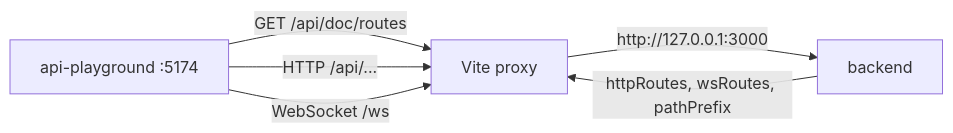
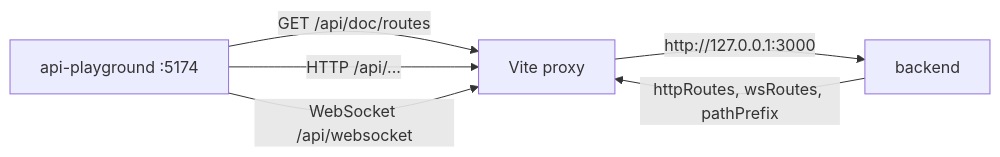
Before and after one commit to Blazheiko/itvibe-template: the diagram in documentation/playground/index.md, drawn with Mermaid. The commit also changed other lines of this file and 32 other files, not shown here.

````diff
--- a/documentation/playground/index.md
+++ b/documentation/playground/index.md
@@ -36,8 +35,8 @@
 ```mermaid
 flowchart LR
     UI[api-playground :5174] -->|GET /api/doc/routes| P[Vite proxy]
     UI -->|HTTP /api/...| P
-    UI -->|WebSocket /ws| P
+    UI -->|WebSocket /api/websocket| P
     P -->|http://127.0.0.1:3000| B[backend]
     B -->|httpRoutes, wsRoutes, pathPrefix| P
 ```
````
